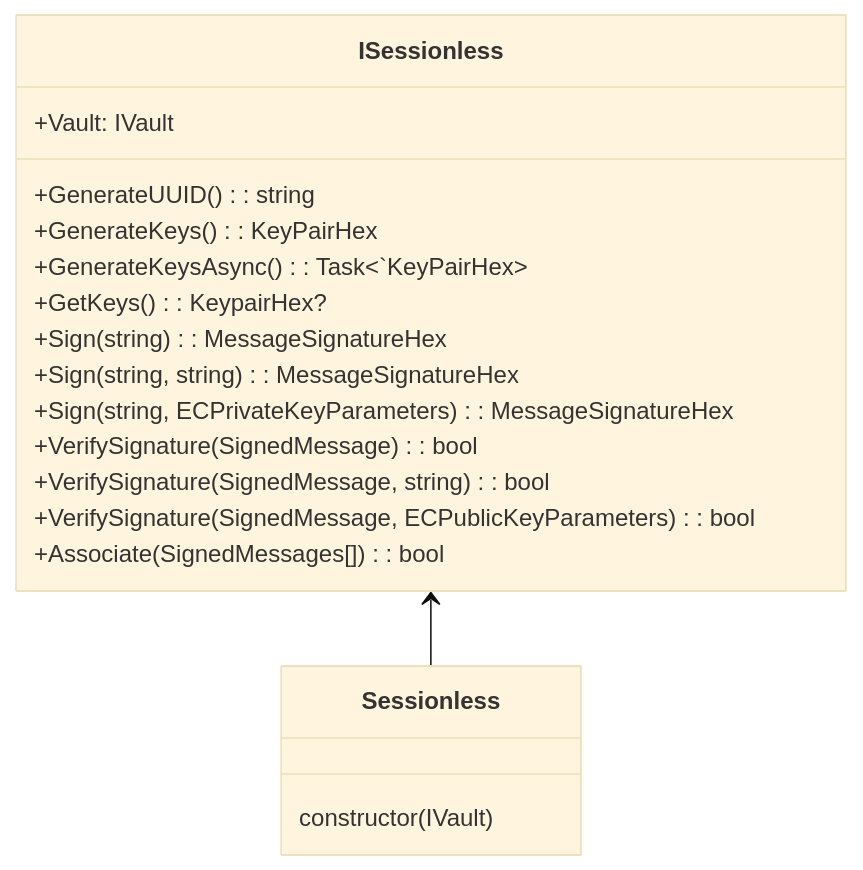
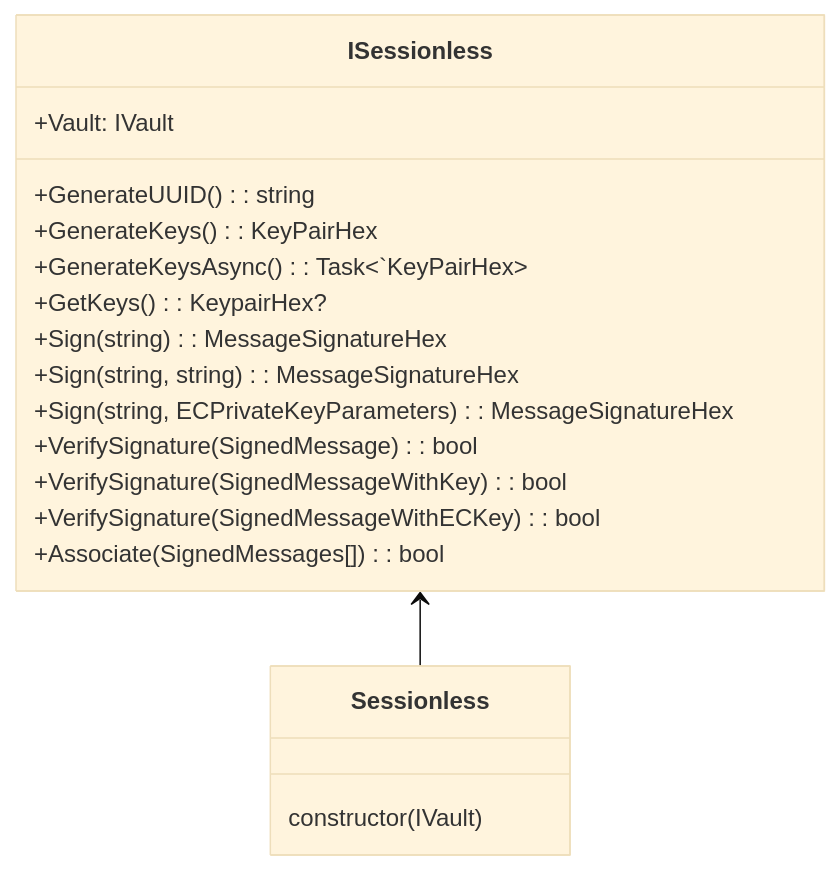
Before and after one commit to planet-nine-app/sessionless: the first of 6 diagrams in src/csharp/README.md, drawn with Mermaid (base theme). The commit also changed other lines of this file, not shown here.

Commit message:
update: class diagrams

````diff
--- a/src/csharp/README.md
+++ b/src/csharp/README.md
@@ -3,21 +3,21 @@
 ```mermaid
 classDiagram
   class ISessionless {
     +Vault: IVault
     +GenerateUUID(): string
     +GenerateKeys(): KeyPairHex
     +GenerateKeysAsync(): Task<`KeyPairHex>
     +GetKeys(): KeypairHex?
     +Sign(string): MessageSignatureHex
     +Sign(string, string): MessageSignatureHex
     +Sign(string, ECPrivateKeyParameters): MessageSignatureHex
     +VerifySignature(SignedMessage): bool
-    +VerifySignature(SignedMessage, string): bool
-    +VerifySignature(SignedMessage, ECPublicKeyParameters): bool
+    +VerifySignature(SignedMessageWithKey): bool
+    +VerifySignature(SignedMessageWithECKey): bool
     +Associate(SignedMessages[]): bool
   }
   class Sessionless {
     constructor(IVault)
   }
   ISessionless <-- Sessionless
 ```
````
